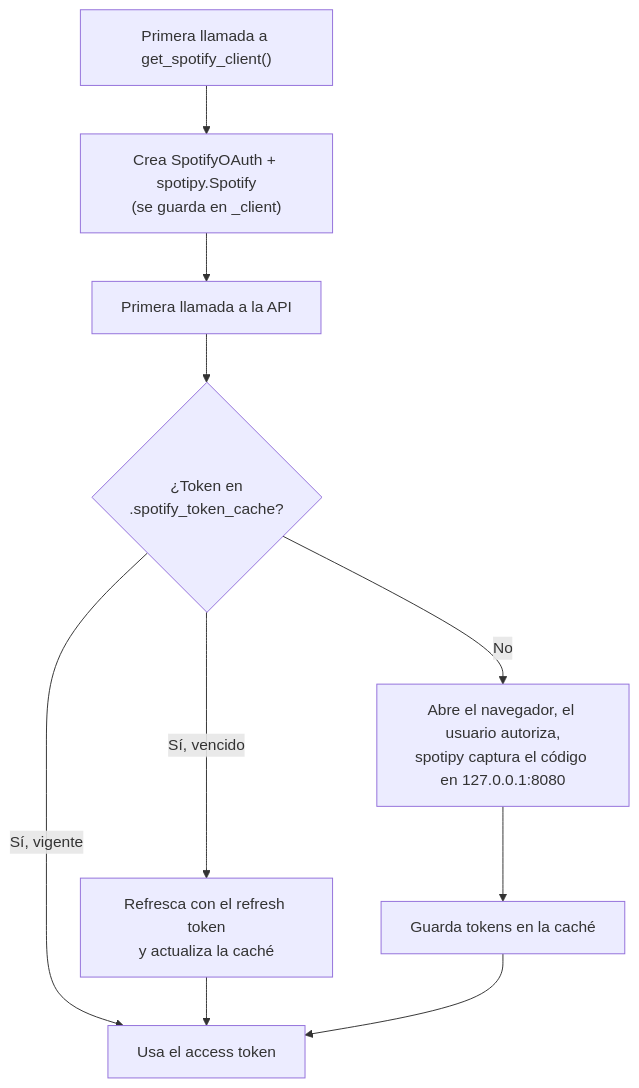
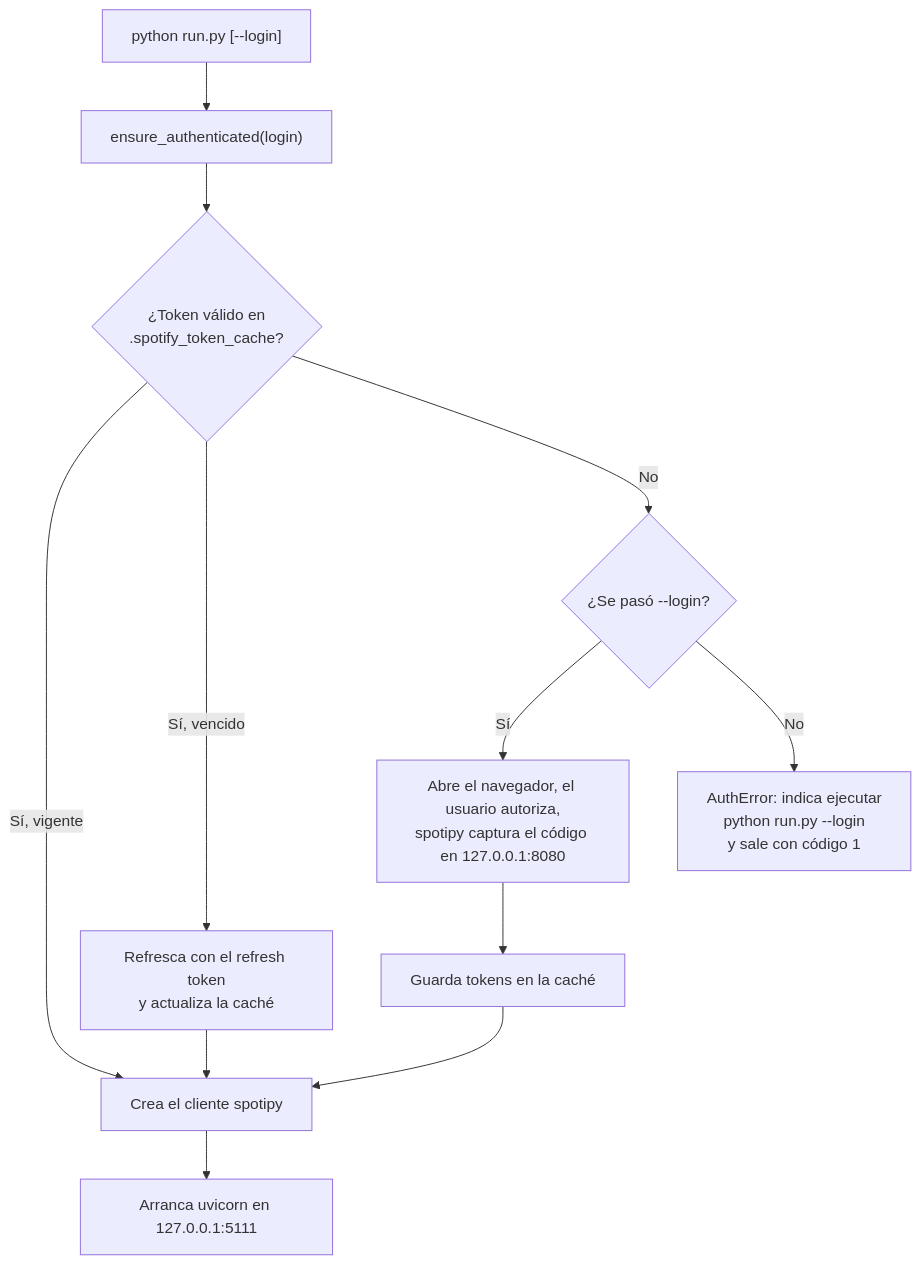
One commit to cybk/SDPotify changed the fifth of 6 diagrams in ARCHITECTURE.md. Above: the diagram before and after it, drawn with Mermaid. The commit also changed other lines of this file and 5 other files, not shown here.

First line of the commit message:
Authenticate at startup; add run.py --login for first-time OAuth

````diff
--- a/ARCHITECTURE.md
+++ b/ARCHITECTURE.md
@@ -102,12 +102,13 @@
 ```mermaid
 flowchart TD
-    Start["Primera llamada a get_spotify_client()"] --> Mk["Crea SpotifyOAuth + spotipy.Spotify<br/>(se guarda en _client)"]
-    Mk --> Call["Primera llamada a la API"]
-    Call --> Cache{"¿Token en<br/>.spotify_token_cache?"}
-    Cache -- "Sí, vigente" --> Use["Usa el access token"]
+    Run["python run.py [--login]"] --> Ens["ensure_authenticated(login)"]
+    Ens --> Cache{"¿Token válido en<br/>.spotify_token_cache?"}
+    Cache -- "Sí, vigente" --> Ok["Crea el cliente spotipy"]
     Cache -- "Sí, vencido" --> Ref["Refresca con el refresh token<br/>y actualiza la caché"]
-    Cache -- "No" --> Br["Abre el navegador, el usuario autoriza,<br/>spotipy captura el código en 127.0.0.1:8080"]
-    Br --> Save["Guarda tokens en la caché"]
-    Ref --> Use
-    Save --> Use
+    Ref --> Ok
+    Cache -- "No" --> L{"¿Se pasó --login?"}
+    L -- "Sí" --> Br["Abre el navegador, el usuario autoriza,<br/>spotipy captura el código en 127.0.0.1:8080"]
+    Br --> Save["Guarda tokens en la caché"] --> Ok
+    L -- "No" --> Err["AuthError: indica ejecutar<br/>python run.py --login<br/>y sale con código 1"]
+    Ok --> Srv["Arranca uvicorn en 127.0.0.1:5111"]
 ```
````
